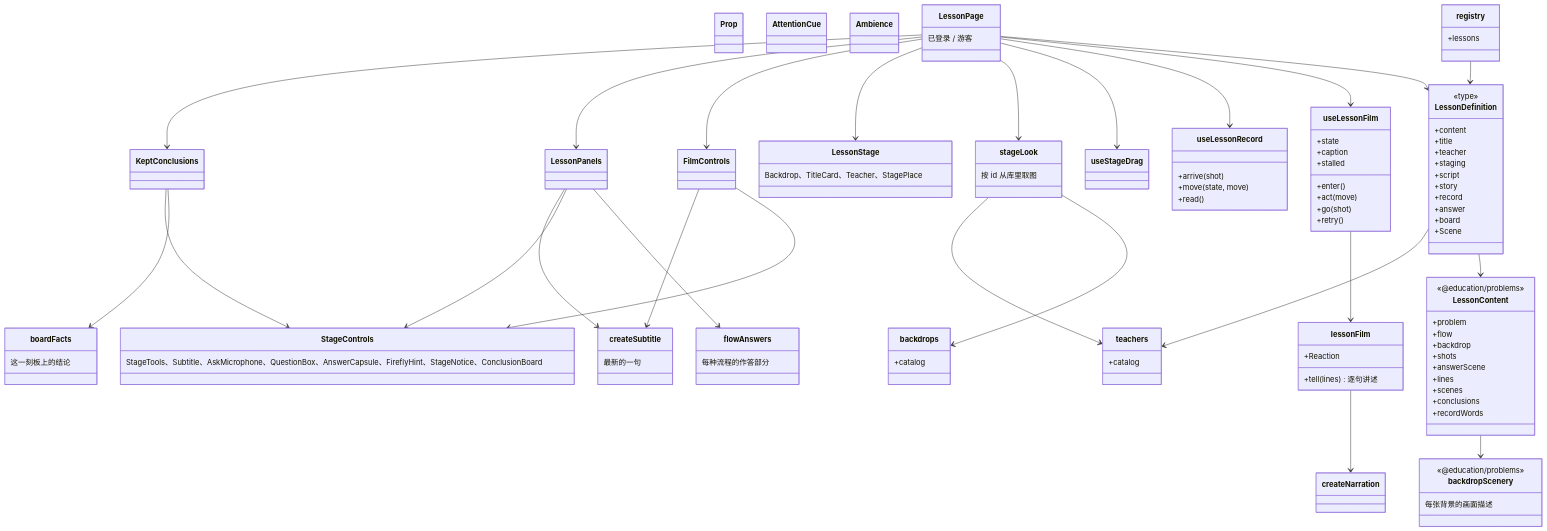
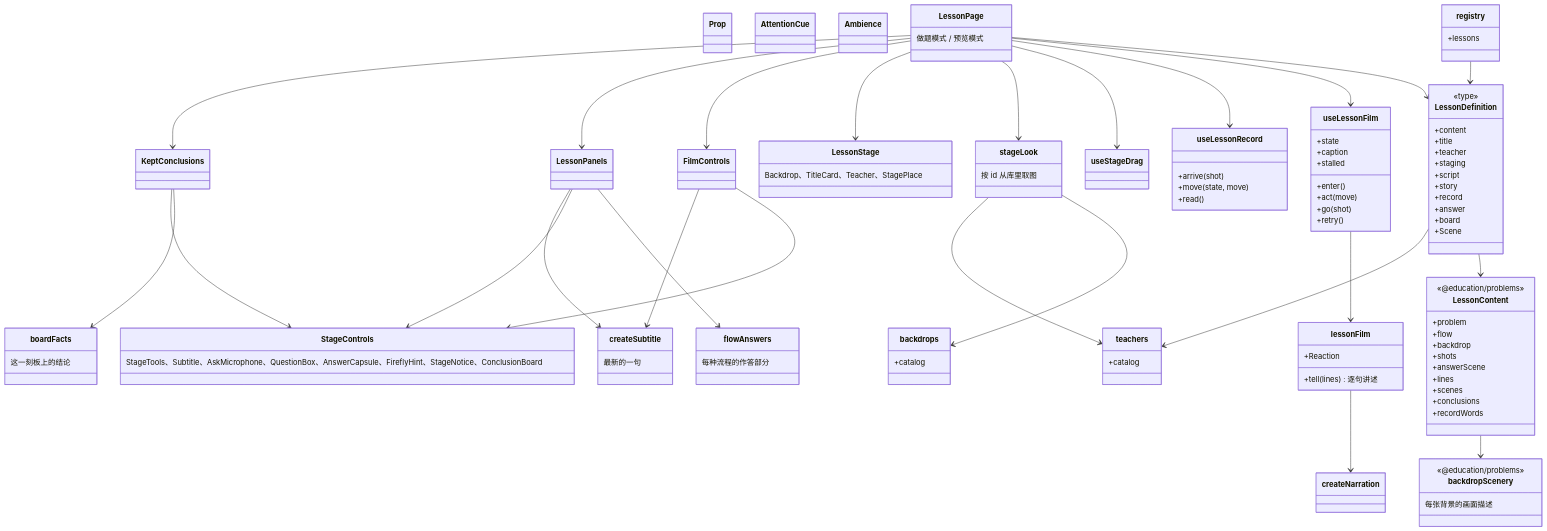
The second of 2 diagrams in docs/design/lesson-kit.md (juanchaopan/education), drawn with Mermaid before and after one commit. The commit also changed other lines of this file and 6 other files, not shown here.

```diff
--- a/docs/design/lesson-kit.md
+++ b/docs/design/lesson-kit.md
@@ -129,7 +129,7 @@
   class AttentionCue
   class Ambience
   class LessonPage {
-    已登录 / 游客
+    做题模式 / 预览模式
   }
   class FilmControls
   class LessonPanels
```
